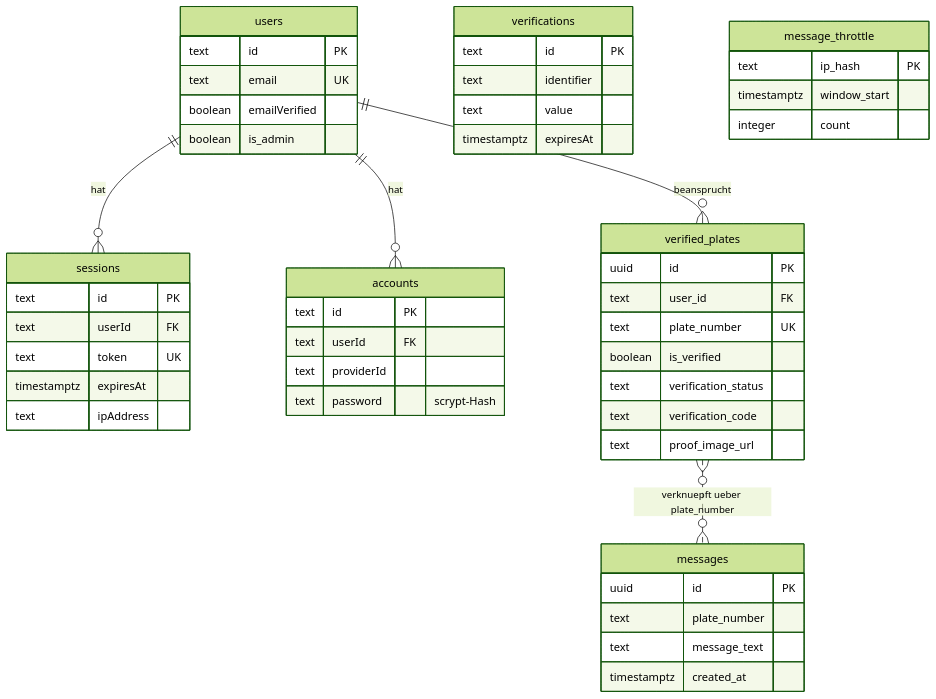
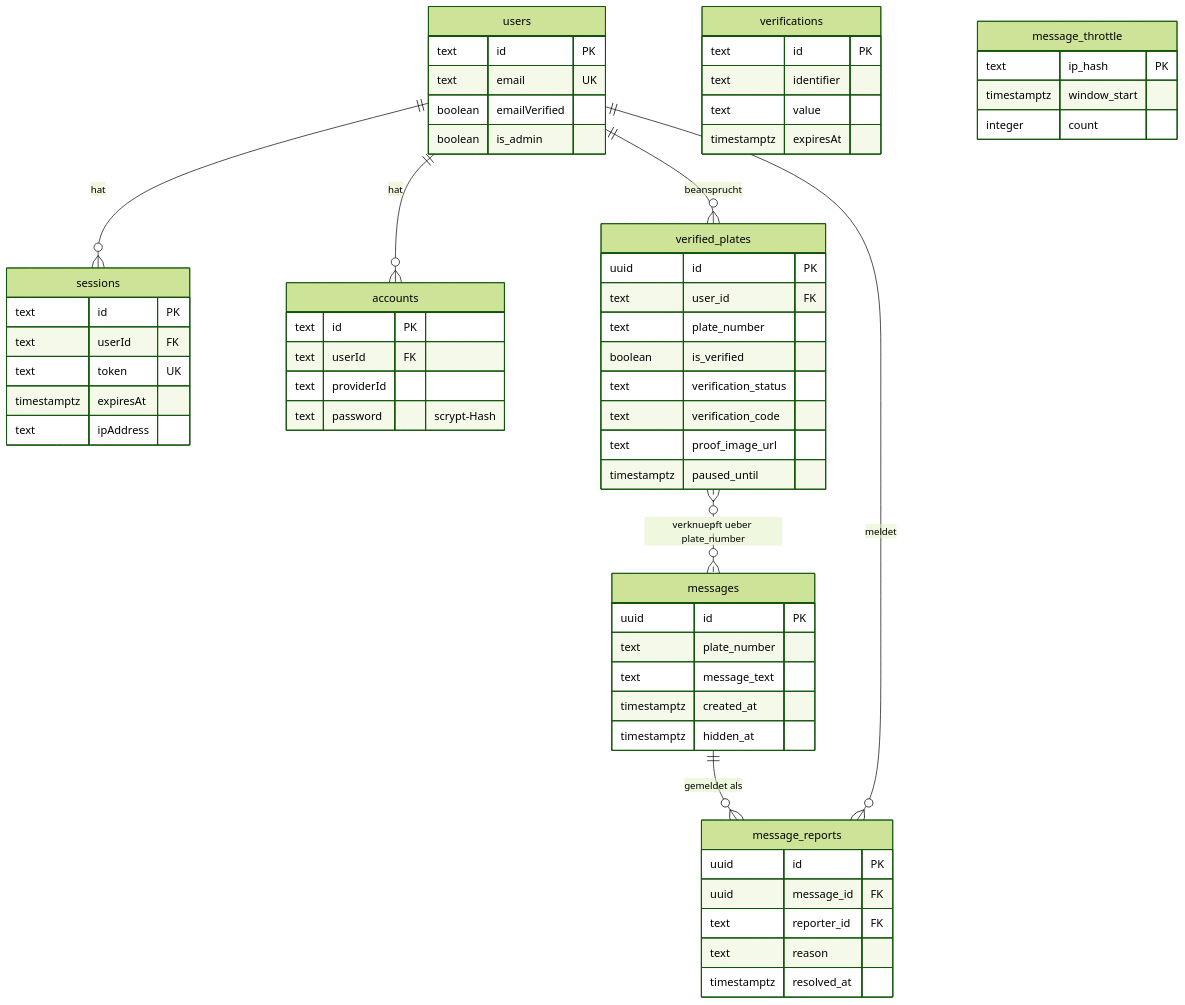
Before and after one commit to mariushuck/PlateDrop: the third of 8 diagrams in docs/architecture.md, drawn with Mermaid (forest theme). The commit also changed other lines of this file and 23 other files, not shown here.

````diff
--- a/docs/architecture.md
+++ b/docs/architecture.md
@@ -152,53 +152,64 @@
 ```mermaid
 erDiagram
     users ||--o{ sessions : "hat"
     users ||--o{ accounts : "hat"
     users ||--o{ verified_plates : "beansprucht"
     verified_plates }o..o{ messages : "verknuepft ueber plate_number"
+    messages ||--o{ message_reports : "gemeldet als"
+    users ||--o{ message_reports : "meldet"
 
     users {
         text id PK
         text email UK
         boolean emailVerified
         boolean is_admin
     }
     sessions {
         text id PK
         text userId FK
         text token UK
         timestamptz expiresAt
         text ipAddress
     }
     accounts {
         text id PK
         text userId FK
         text providerId
         text password "scrypt-Hash"
     }
     verifications {
         text id PK
         text identifier
         text value
         timestamptz expiresAt
     }
     verified_plates {
         uuid id PK
         text user_id FK
-        text plate_number UK
+        text plate_number
         boolean is_verified
         text verification_status
         text verification_code
         text proof_image_url
+        timestamptz paused_until
     }
     messages {
         uuid id PK
         text plate_number
         text message_text
         timestamptz created_at
+        timestamptz hidden_at
+    }
+    message_reports {
+        uuid id PK
+        uuid message_id FK
+        text reporter_id FK
+        text reason
+        timestamptz resolved_at
     }
     message_throttle {
         text ip_hash PK
         timestamptz window_start
         integer count
     }
 ```
````
